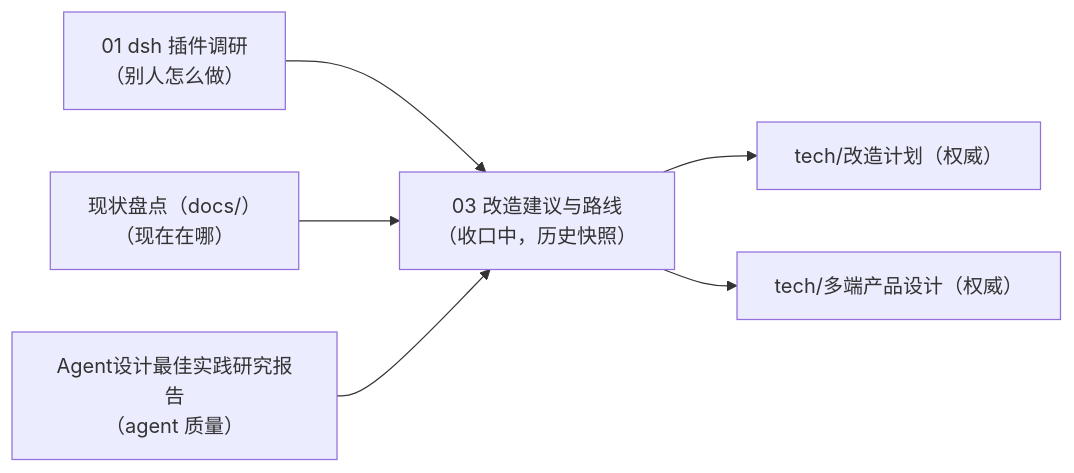
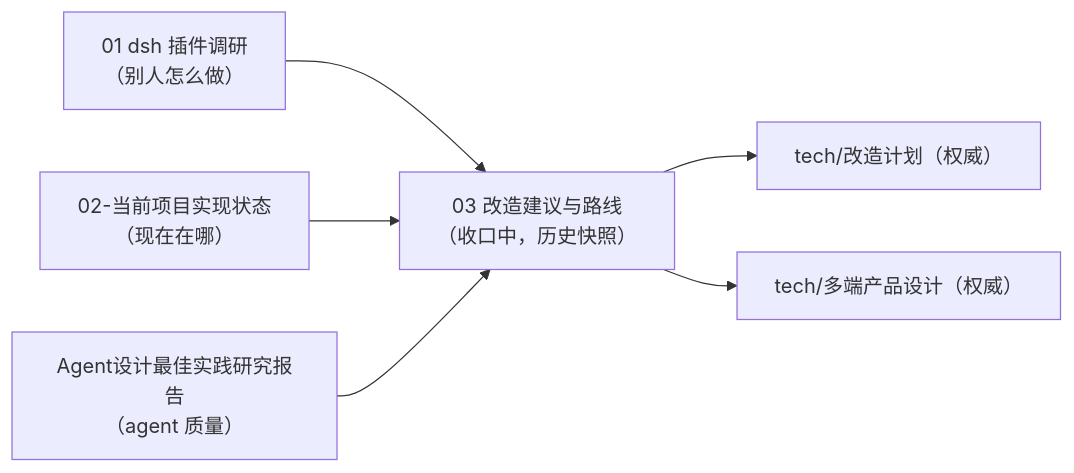
One commit to IsKenKenYa/KenFutWork changed the third of 3 diagrams in docs/future/03-改造建议与路线.md. Above: the diagram before and after it, drawn with Mermaid. The commit also changed other lines of this file and 4 other files, not shown here.

````diff
--- a/docs/future/03-改造建议与路线.md
+++ b/docs/future/03-改造建议与路线.md
@@ -237,8 +237,8 @@
 ```mermaid
 graph LR
     D01["01 dsh 插件调研<br/>（别人怎么做）"] --> D03["03 改造建议与路线<br/>（收口中，历史快照）"]
-    D02["现状盘点（docs/）<br/>（现在在哪）"] --> D03
+    D02["02-当前项目实现状态<br/>（现在在哪）"] --> D03
     DAR["Agent设计最佳实践研究报告<br/>（agent 质量）"] --> D03
     D03 --> PLAN["tech/改造计划（权威）"]
     D03 --> MULTI["tech/多端产品设计（权威）"]
 ```
````
